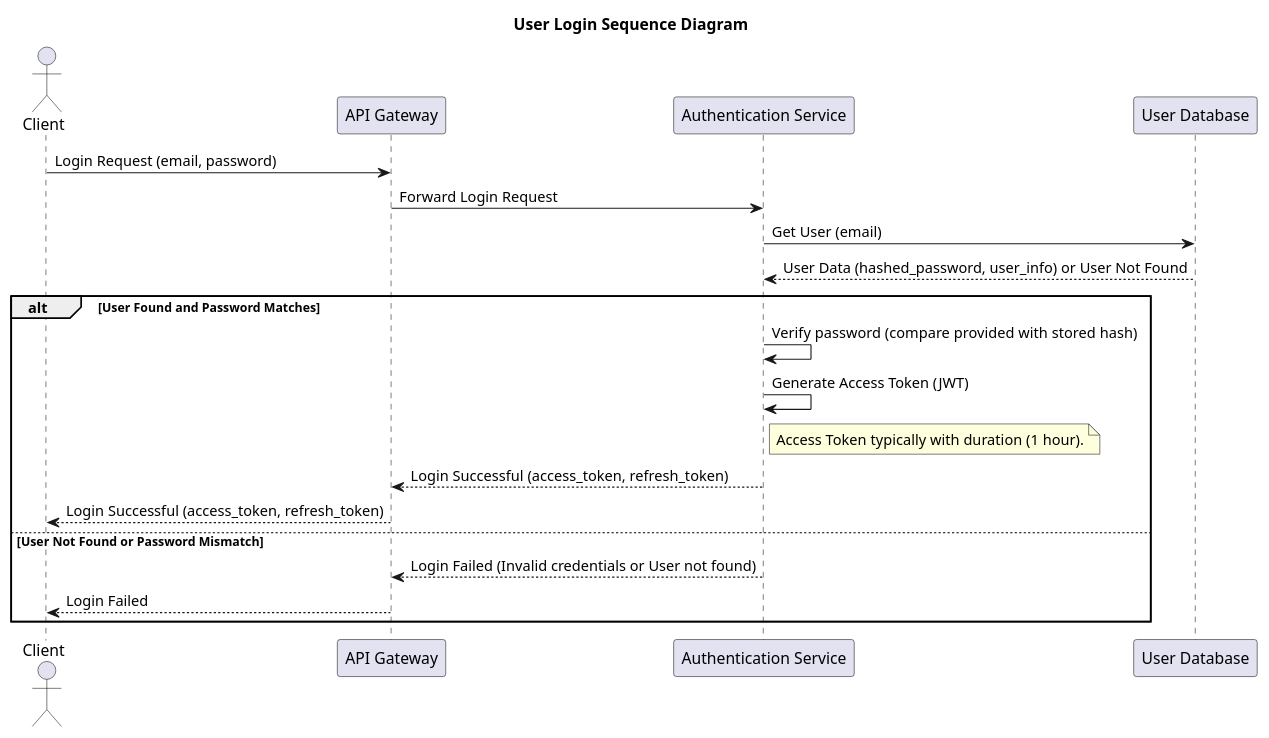
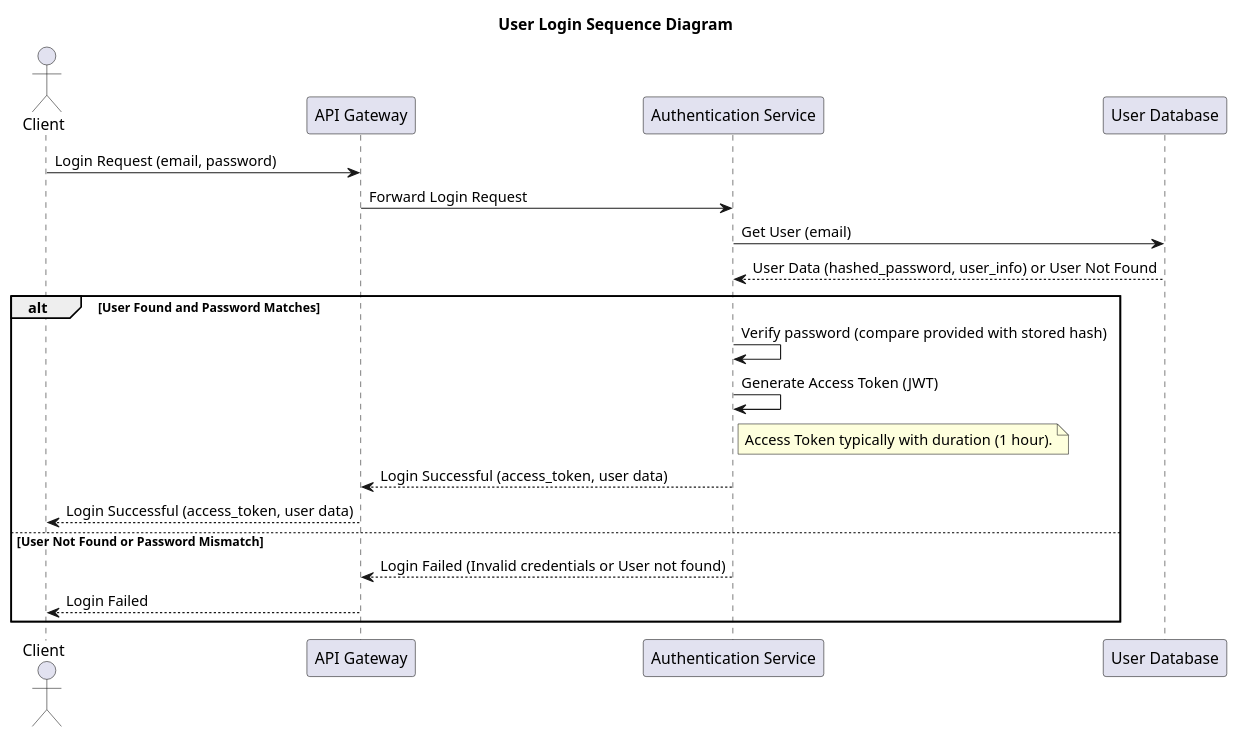
Before and after one commit to martinbarreiroo/cloud-file-storage: the diagram in diagrams/login_sequence_diagram.puml, drawn with PlantUML. The commit also changed 4 other files, not shown here.

```diff
--- a/diagrams/login_sequence_diagram.puml
+++ b/diagrams/login_sequence_diagram.puml
@@ -1,26 +1,26 @@
 @startuml
 title User Login Sequence Diagram
 
 actor Client
 participant "API Gateway" as APIGateway
 participant "Authentication Service" as AuthService
 participant "User Database" as UserDB
 
 Client -> APIGateway: Login Request (email, password)
 APIGateway -> AuthService: Forward Login Request
 
 AuthService -> UserDB: Get User (email)
 UserDB --> AuthService: User Data (hashed_password, user_info) or User Not Found
 
 alt User Found and Password Matches
     AuthService -> AuthService: Verify password (compare provided with stored hash)
     AuthService -> AuthService: Generate Access Token (JWT)
     note right of AuthService: Access Token typically with duration (1 hour).
-    AuthService --> APIGateway: Login Successful (access_token, refresh_token)
-    APIGateway --> Client: Login Successful (access_token, refresh_token)
+    AuthService --> APIGateway: Login Successful (access_token, user data)
+    APIGateway --> Client: Login Successful (access_token, user data)
 else User Not Found or Password Mismatch
     AuthService --> APIGateway: Login Failed (Invalid credentials or User not found)
     APIGateway --> Client: Login Failed
 end
 
 @enduml 
```
